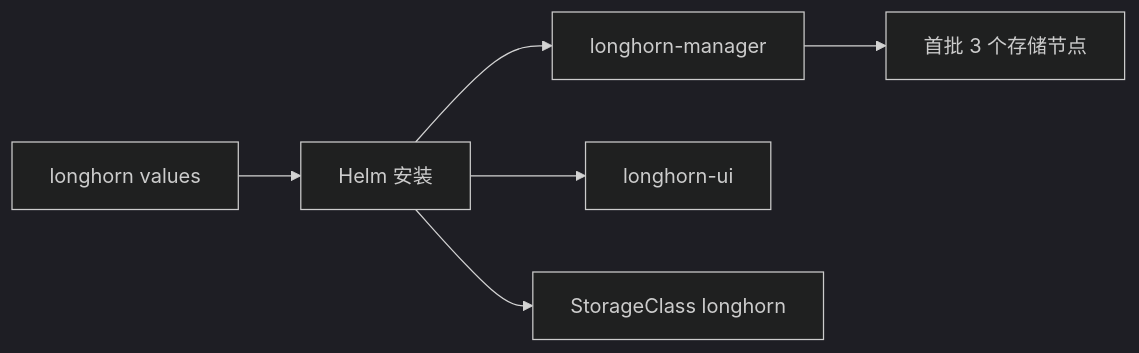
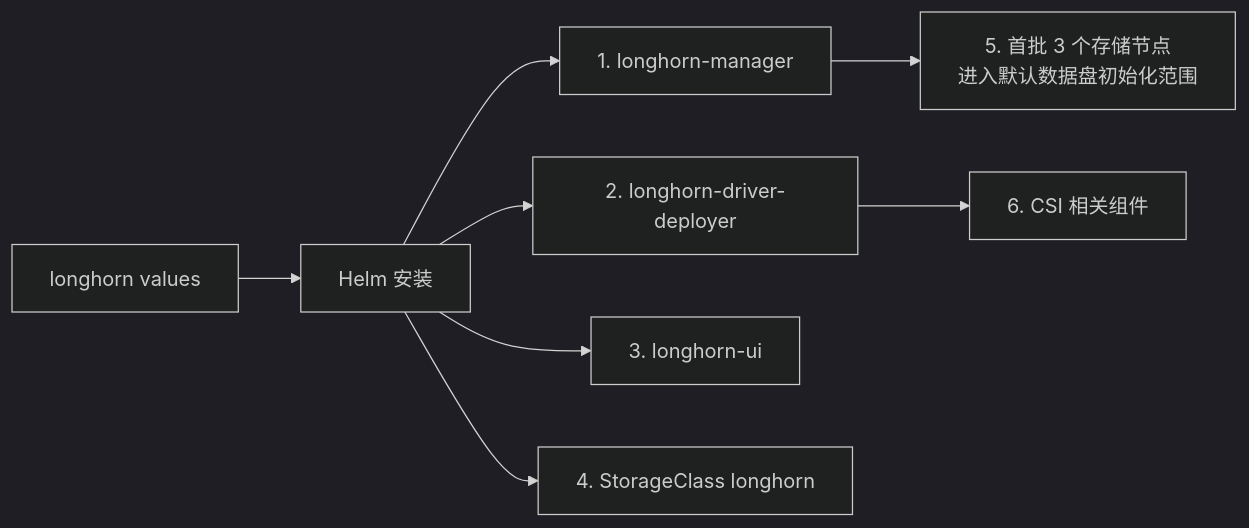
One commit to hwang-protocol/docker_k8s_2026 changed the first of 2 diagrams in k8s/04-storage-and-stateful/docs/05_install_longhorn.md. Above: the diagram before and after it, drawn with Mermaid (dark theme). The commit also changed other lines of this file and 1 other file, not shown here.

````diff
--- a/k8s/04-storage-and-stateful/docs/05_install_longhorn.md
+++ b/k8s/04-storage-and-stateful/docs/05_install_longhorn.md
@@ -47,15 +47,19 @@
 ```mermaid
 flowchart LR
   values[longhorn values]
   helm[Helm 安装]
-  manager[longhorn-manager]
-  ui[longhorn-ui]
-  sc[StorageClass longhorn]
-  nodes[首批 3 个存储节点]
+  manager[1. longhorn-manager]
+  driver[2. longhorn-driver-deployer]
+  ui[3. longhorn-ui]
+  sc[4. StorageClass longhorn]
+  nodes[5. 首批 3 个存储节点<br/>进入默认数据盘初始化范围]
+  csi[6. CSI 相关组件]
 
   values --> helm
   helm --> manager
+  helm --> driver
   helm --> ui
   helm --> sc
   manager --> nodes
+  driver --> csi
 ```
````
